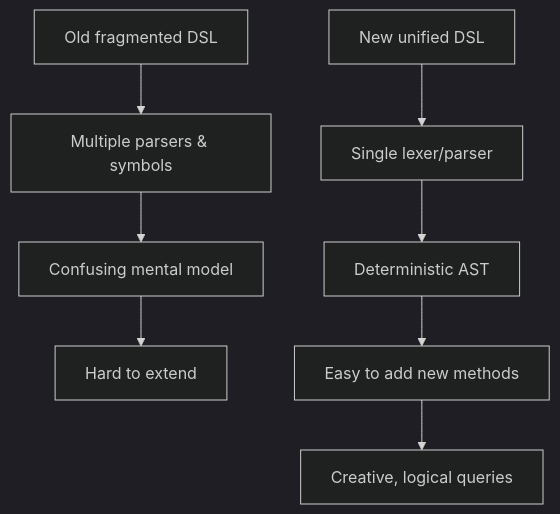
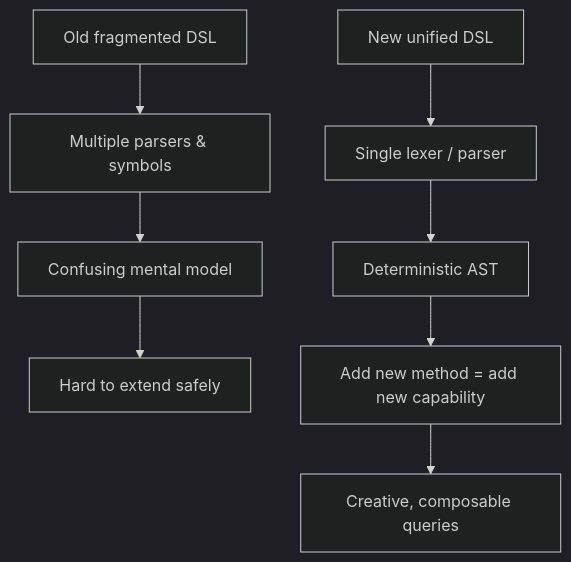
One commit to mvirtai/clible-v3-go changed the fourth of 4 diagrams in pr_stories/080-feat-isla-v2-object-method-dsl-architecture.md. Above: the diagram before and after it, drawn with Mermaid (dark theme). The commit also changed other lines of this file and 1 other file, not shown here.

````diff
--- a/pr_stories/080-feat-isla-v2-object-method-dsl-architecture.md
+++ b/pr_stories/080-feat-isla-v2-object-method-dsl-architecture.md
@@ -187,10 +187,10 @@
 ```mermaid
 flowchart TD
-    A[Old fragmented DSL] --> B[Multiple parsers & symbols]
-    B --> C[Confusing mental model]
-    C --> D[Hard to extend]
-    E[New unified DSL] --> F[Single lexer/parser]
-    F --> G[Deterministic AST]
-    G --> H[Easy to add new methods]
-    H --> I[Creative, logical queries]
+    A["Old fragmented DSL"] --> B["Multiple parsers & symbols"]
+    B --> C["Confusing mental model"]
+    C --> D["Hard to extend safely"]
+    E["New unified DSL"] --> F["Single lexer / parser"]
+    F --> G["Deterministic AST"]
+    G --> H["Add new method = add new capability"]
+    H --> I["Creative, composable queries"]
 ```
````
